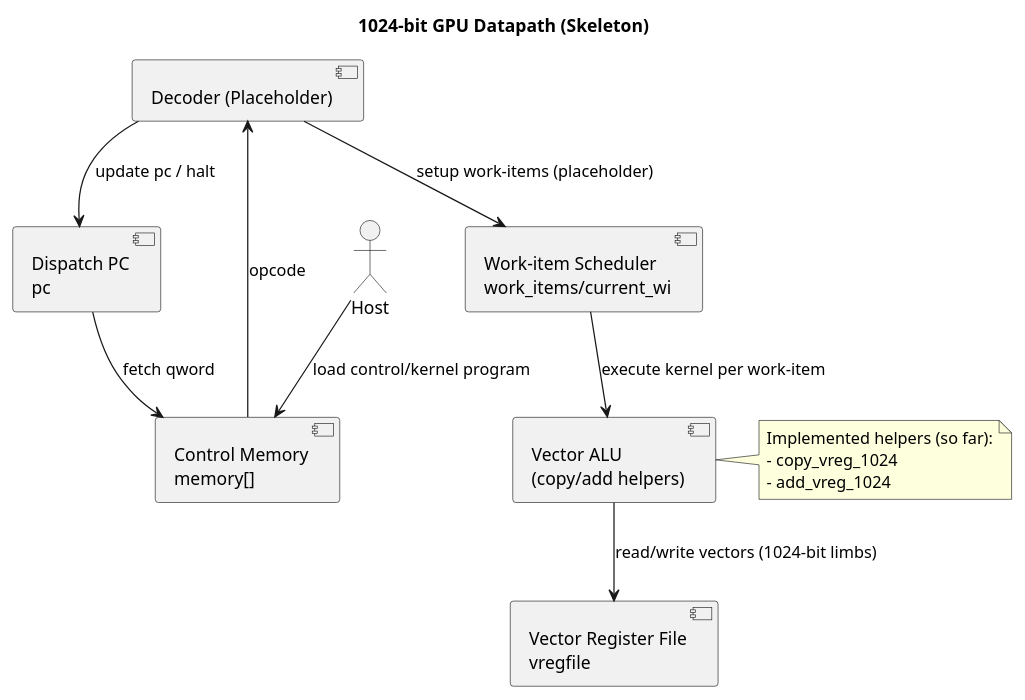
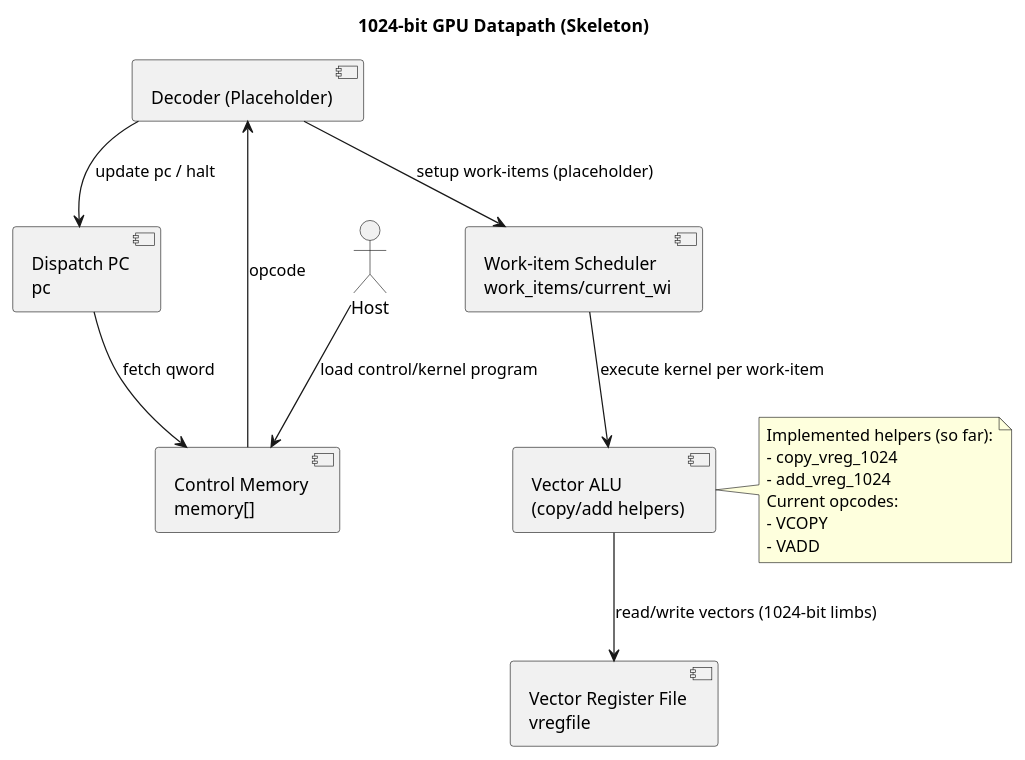
The diagram in uml/gpu_datapath.puml (ArkansasIo/1024-bit-asm-cpu-gpu), drawn with PlantUML before and after one commit. The commit also changed 111 other files, not shown here.

```diff
--- a/uml/gpu_datapath.puml
+++ b/uml/gpu_datapath.puml
@@ -1,26 +1,29 @@
 @startuml
 title 1024-bit GPU Datapath (Skeleton)
 
 actor "Host" as Host
 
 component "Control Memory\nmemory[]" as CM
 component "Dispatch PC\npc" as PC
 component "Work-item Scheduler\nwork_items/current_wi" as SCH
 component "Decoder (Placeholder)" as DEC
 component "Vector ALU\n(copy/add helpers)" as VALU
 component "Vector Register File\nvregfile" as VRF
 
 Host --> CM : load control/kernel program
 PC --> CM : fetch qword
 CM --> DEC : opcode
 DEC --> SCH : setup work-items (placeholder)
 SCH --> VALU : execute kernel per work-item
 VALU --> VRF : read/write vectors (1024-bit limbs)
 DEC --> PC : update pc / halt
 
 note right of VALU
 Implemented helpers (so far):
 - copy_vreg_1024
 - add_vreg_1024
+Current opcodes:
+- VCOPY
+- VADD
 end note
 @enduml
```
